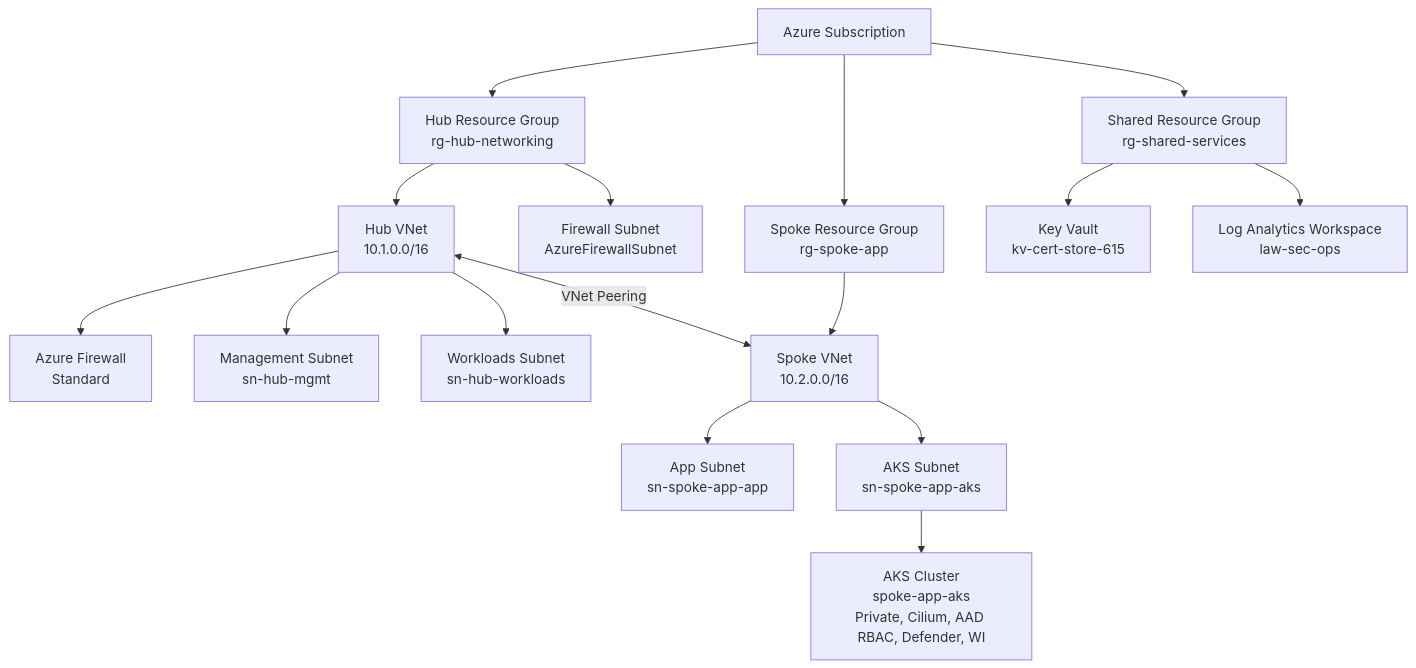
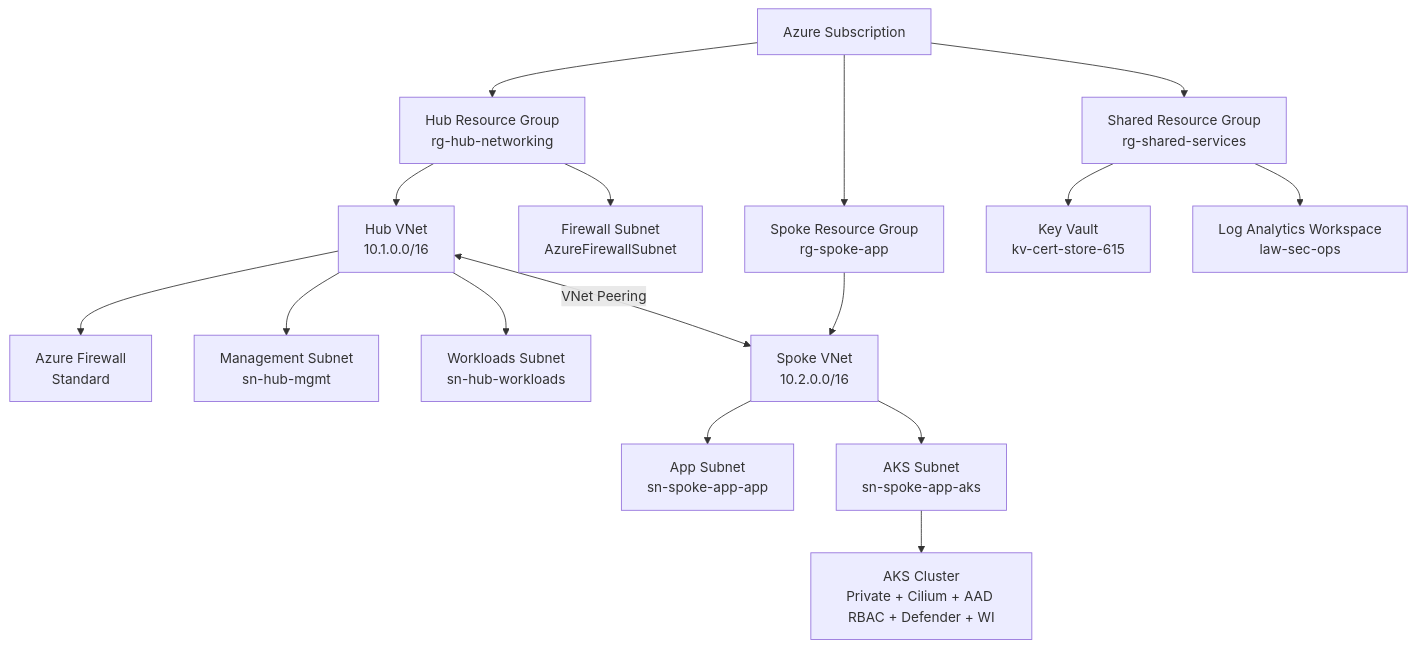
One commit to CamParent/iac-foundation changed the diagram in README.md. Above: the diagram before and after it, drawn with Mermaid. The commit also changed other lines of this file and 1 other file, not shown here.

````diff
--- a/README.md
+++ b/README.md
@@ -48,23 +32,21 @@
 ```mermaid
 graph TD
   A[Azure Subscription] --> B[Hub Resource Group\nrg-hub-networking]
   B --> C[Hub VNet\n10.1.0.0/16]
   C --> D[Azure Firewall\nStandard]
   C --> E[Management Subnet\nsn-hub-mgmt]
   C --> F[Workloads Subnet\nsn-hub-workloads]
   B --> G[Firewall Subnet\nAzureFirewallSubnet]
 
   A --> H[Spoke Resource Group\nrg-spoke-app]
   H --> I[Spoke VNet\n10.2.0.0/16]
   I --> J[App Subnet\nsn-spoke-app-app]
   I --> M[AKS Subnet\nsn-spoke-app-aks]
 
   A --> K[Shared Resource Group\nrg-shared-services]
   K --> L[Key Vault\nkv-cert-store-615]
   K --> O[Log Analytics Workspace\nlaw-sec-ops]
 
   C <-->|VNet Peering| I
-
-  %% Optional AKS deployment
-  M --> N[AKS Cluster\nspoke-app-aks\nPrivate, Cilium, AAD RBAC, Defender, WI]
+  M --> N[AKS Cluster\nPrivate + Cilium + AAD RBAC + Defender + WI]
 ```
````
